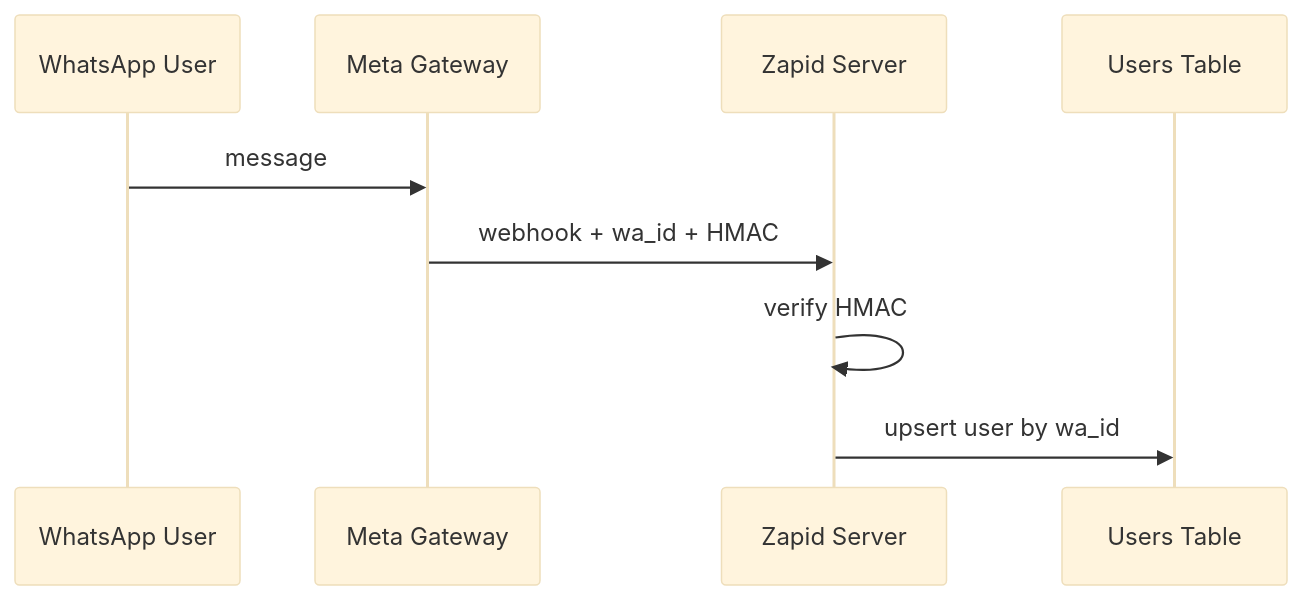
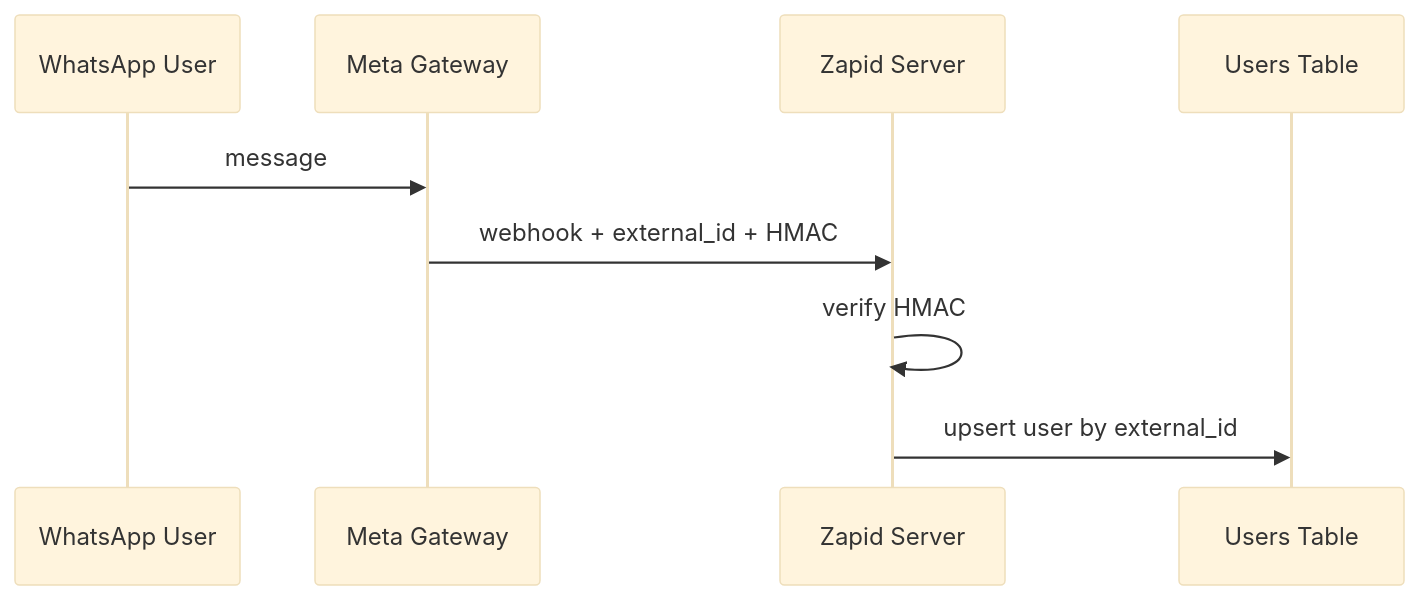
Before and after one commit to malbq/whatsapp-agents: the first of 2 diagrams in spec/features/identityAuthPayments.md, drawn with Mermaid (base theme). The commit also changed other lines of this file and 91 other files, not shown here.

````diff
--- a/spec/features/identityAuthPayments.md
+++ b/spec/features/identityAuthPayments.md
@@ -26,12 +23,12 @@
 ```mermaid
 sequenceDiagram
     participant W as WhatsApp User
     participant G as Meta Gateway
     participant S as Zapid Server
     participant DB as Users Table
 
     W->>G: message
-    G->>S: webhook + wa_id + HMAC
+    G->>S: webhook + external_id + HMAC
     S->>S: verify HMAC
-    S->>DB: upsert user by wa_id
+    S->>DB: upsert user by external_id
 ```
````
